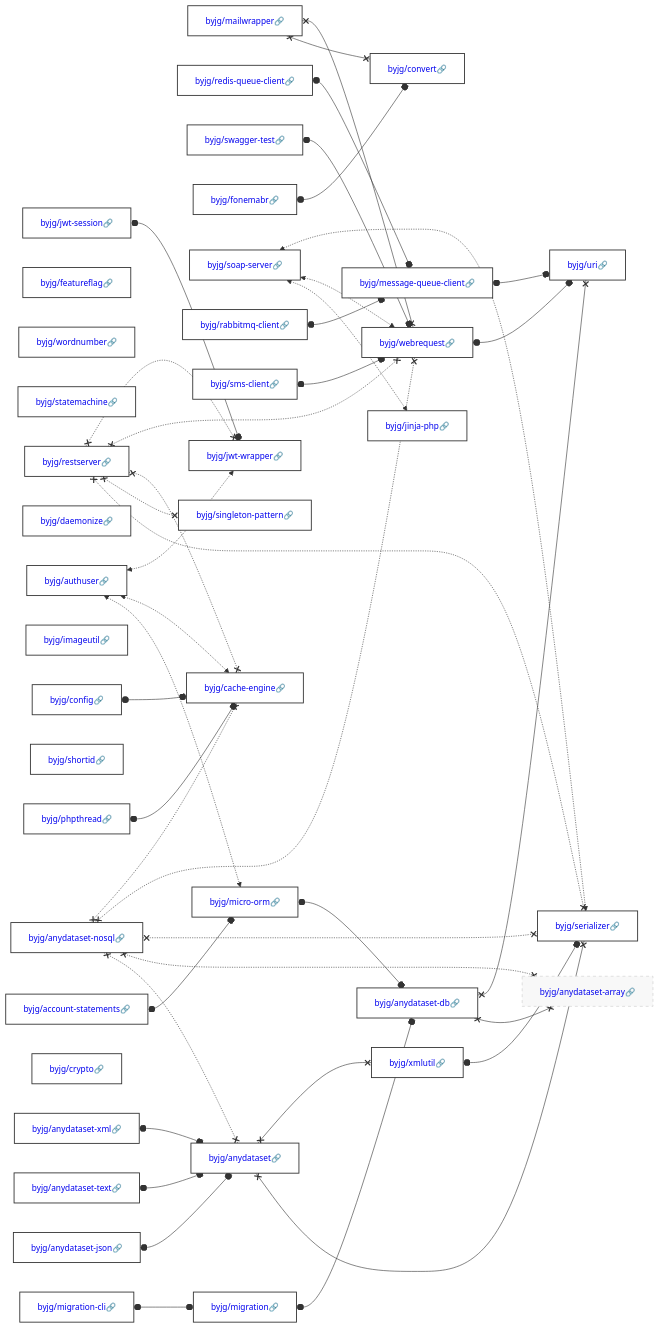
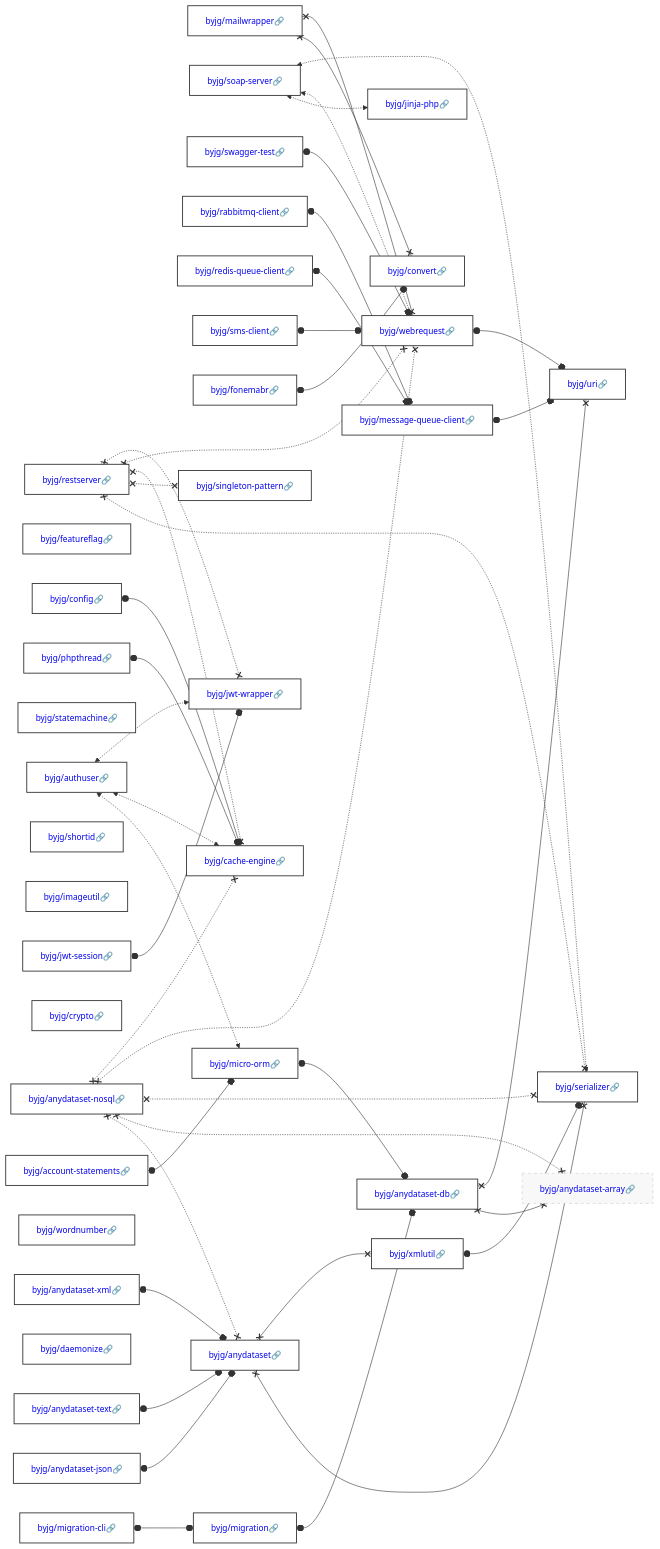
Before and after one commit to byjg/byjg.github.io: the diagram in docs/php/README.md, drawn with Mermaid. The commit also changed other lines of this file and 6 other files, not shown here.

Commit message:
Update documentation 'php' 'php-jwt-wrapper'

````diff
--- a/docs/php/README.md
+++ b/docs/php/README.md
@@ -3,45 +3,45 @@
 ```mermaid
 graph LR;
+  byjg/mailwrapper[<a href='https://opensource.byjg.com/docs/php/mailwrapper' style='text-decoration:none'>byjg/mailwrapper🔗</a>];
   byjg/config[<a href='https://opensource.byjg.com/docs/php/config' style='text-decoration:none'>byjg/config🔗</a>];
   byjg/featureflag[<a href='https://opensource.byjg.com/docs/php/featureflag' style='text-decoration:none'>byjg/featureflag🔗</a>];
-  byjg/wordnumber[<a href='https://opensource.byjg.com/docs/php/wordnumber' style='text-decoration:none'>byjg/wordnumber🔗</a>];
+  byjg/anydataset-text[<a href='https://opensource.byjg.com/docs/php/anydataset-text' style='text-decoration:none'>byjg/anydataset-text🔗</a>];
+  byjg/anydataset-xml[<a href='https://opensource.byjg.com/docs/php/anydataset-xml' style='text-decoration:none'>byjg/anydataset-xml🔗</a>];
   byjg/statemachine[<a href='https://opensource.byjg.com/docs/php/statemachine' style='text-decoration:none'>byjg/statemachine🔗</a>];
-  byjg/restserver[<a href='https://opensource.byjg.com/docs/php/restserver' style='text-decoration:none'>byjg/restserver🔗</a>];
-  byjg/daemonize[<a href='https://opensource.byjg.com/docs/php/daemonize' style='text-decoration:none'>byjg/daemonize🔗</a>];
-  byjg/anydataset-text[<a href='https://opensource.byjg.com/docs/php/anydataset-text' style='text-decoration:none'>byjg/anydataset-text🔗</a>];
-  byjg/mailwrapper[<a href='https://opensource.byjg.com/docs/php/mailwrapper' style='text-decoration:none'>byjg/mailwrapper🔗</a>];
+  byjg/phpthread[<a href='https://opensource.byjg.com/docs/php/phpthread' style='text-decoration:none'>byjg/phpthread🔗</a>];
+  byjg/soap-server[<a href='https://opensource.byjg.com/docs/php/soap-server' style='text-decoration:none'>byjg/soap-server🔗</a>];
+  byjg/shortid[<a href='https://opensource.byjg.com/docs/php/shortid' style='text-decoration:none'>byjg/shortid🔗</a>];
   byjg/imageutil[<a href='https://opensource.byjg.com/docs/php/imageutil' style='text-decoration:none'>byjg/imageutil🔗</a>];
+  byjg/authuser[<a href='https://opensource.byjg.com/docs/php/authuser' style='text-decoration:none'>byjg/authuser🔗</a>];
+  byjg/crypto[<a href='https://opensource.byjg.com/docs/php/crypto' style='text-decoration:none'>byjg/crypto🔗</a>];
+  byjg/migration-cli[<a href='https://opensource.byjg.com/docs/php/migration-cli' style='text-decoration:none'>byjg/migration-cli🔗</a>];
+  byjg/swagger-test[<a href='https://opensource.byjg.com/docs/php/swagger-test' style='text-decoration:none'>byjg/swagger-test🔗</a>];
+  byjg/rabbitmq-client[<a href='https://opensource.byjg.com/docs/php/rabbitmq-client' style='text-decoration:none'>byjg/rabbitmq-client🔗</a>];
   byjg/redis-queue-client[<a href='https://opensource.byjg.com/docs/php/redis-queue-client' style='text-decoration:none'>byjg/redis-queue-client🔗</a>];
   byjg/jwt-session[<a href='https://opensource.byjg.com/docs/php/jwt-session' style='text-decoration:none'>byjg/jwt-session🔗</a>];
-  byjg/shortid[<a href='https://opensource.byjg.com/docs/php/shortid' style='text-decoration:none'>byjg/shortid🔗</a>];
-  byjg/swagger-test[<a href='https://opensource.byjg.com/docs/php/swagger-test' style='text-decoration:none'>byjg/swagger-test🔗</a>];
+  byjg/sms-client[<a href='https://opensource.byjg.com/docs/php/sms-client' style='text-decoration:none'>byjg/sms-client🔗</a>];
+  byjg/wordnumber[<a href='https://opensource.byjg.com/docs/php/wordnumber' style='text-decoration:none'>byjg/wordnumber🔗</a>];
+  byjg/anydataset-nosql[<a href='https://opensource.byjg.com/docs/php/anydataset-nosql' style='text-decoration:none'>byjg/anydataset-nosql🔗</a>];
+  byjg/daemonize[<a href='https://opensource.byjg.com/docs/php/daemonize' style='text-decoration:none'>byjg/daemonize🔗</a>];
   byjg/fonemabr[<a href='https://opensource.byjg.com/docs/php/fonemabr' style='text-decoration:none'>byjg/fonemabr🔗</a>];
   byjg/anydataset-json[<a href='https://opensource.byjg.com/docs/php/anydataset-json' style='text-decoration:none'>byjg/anydataset-json🔗</a>];
-  byjg/soap-server[<a href='https://opensource.byjg.com/docs/php/soap-server' style='text-decoration:none'>byjg/soap-server🔗</a>];
-  byjg/anydataset-nosql[<a href='https://opensource.byjg.com/docs/php/anydataset-nosql' style='text-decoration:none'>byjg/anydataset-nosql🔗</a>];
+  byjg/restserver[<a href='https://opensource.byjg.com/docs/php/restserver' style='text-decoration:none'>byjg/restserver🔗</a>];
   byjg/account-statements[<a href='https://opensource.byjg.com/docs/php/account-statements' style='text-decoration:none'>byjg/account-statements🔗</a>];
-  byjg/rabbitmq-client[<a href='https://opensource.byjg.com/docs/php/rabbitmq-client' style='text-decoration:none'>byjg/rabbitmq-client🔗</a>];
-  byjg/sms-client[<a href='https://opensource.byjg.com/docs/php/sms-client' style='text-decoration:none'>byjg/sms-client🔗</a>];
-  byjg/crypto[<a href='https://opensource.byjg.com/docs/php/crypto' style='text-decoration:none'>byjg/crypto🔗</a>];
-  byjg/authuser[<a href='https://opensource.byjg.com/docs/php/authuser' style='text-decoration:none'>byjg/authuser🔗</a>];
-  byjg/phpthread[<a href='https://opensource.byjg.com/docs/php/phpthread' style='text-decoration:none'>byjg/phpthread🔗</a>];
-  byjg/migration-cli[<a href='https://opensource.byjg.com/docs/php/migration-cli' style='text-decoration:none'>byjg/migration-cli🔗</a>];
-  byjg/anydataset-xml[<a href='https://opensource.byjg.com/docs/php/anydataset-xml' style='text-decoration:none'>byjg/anydataset-xml🔗</a>];
+  byjg/jinja-php[<a href='https://opensource.byjg.com/docs/php/jinja-php' style='text-decoration:none'>byjg/jinja-php🔗</a>];
+  byjg/migration[<a href='https://opensource.byjg.com/docs/php/migration' style='text-decoration:none'>byjg/migration🔗</a>];
+  byjg/message-queue-client[<a href='https://opensource.byjg.com/docs/php/message-queue-client' style='text-decoration:none'>byjg/message-queue-client🔗</a>];
+  byjg/convert[<a href='https://opensource.byjg.com/docs/php/convert' style='text-decoration:none'>byjg/convert🔗</a>];
+  byjg/anydataset[<a href='https://opensource.byjg.com/docs/php/anydataset' style='text-decoration:none'>byjg/anydataset🔗</a>];
   byjg/singleton-pattern[<a href='https://opensource.byjg.com/docs/php/singleton-pattern' style='text-decoration:none'>byjg/singleton-pattern🔗</a>];
-  byjg/convert[<a href='https://opensource.byjg.com/docs/php/convert' style='text-decoration:none'>byjg/convert🔗</a>];
-  byjg/jinja-php[<a href='https://opensource.byjg.com/docs/php/jinja-php' style='text-decoration:none'>byjg/jinja-php🔗</a>];
-  byjg/message-queue-client[<a href='https://opensource.byjg.com/docs/php/message-queue-client' style='text-decoration:none'>byjg/message-queue-client🔗</a>];
+  byjg/cache-engine[<a href='https://opensource.byjg.com/docs/php/cache-engine' style='text-decoration:none'>byjg/cache-engine🔗</a>];
   byjg/webrequest[<a href='https://opensource.byjg.com/docs/php/webrequest' style='text-decoration:none'>byjg/webrequest🔗</a>];
+  byjg/jwt-wrapper[<a href='https://opensource.byjg.com/docs/php/jwt-wrapper' style='text-decoration:none'>byjg/jwt-wrapper🔗</a>];
   byjg/micro-orm[<a href='https://opensource.byjg.com/docs/php/micro-orm' style='text-decoration:none'>byjg/micro-orm🔗</a>];
-  byjg/jwt-wrapper[<a href='https://opensource.byjg.com/docs/php/jwt-wrapper' style='text-decoration:none'>byjg/jwt-wrapper🔗</a>];
-  byjg/cache-engine[<a href='https://opensource.byjg.com/docs/php/cache-engine' style='text-decoration:none'>byjg/cache-engine🔗</a>];
-  byjg/migration[<a href='https://opensource.byjg.com/docs/php/migration' style='text-decoration:none'>byjg/migration🔗</a>];
-  byjg/anydataset[<a href='https://opensource.byjg.com/docs/php/anydataset' style='text-decoration:none'>byjg/anydataset🔗</a>];
+  byjg/xmlutil[<a href='https://opensource.byjg.com/docs/php/xmlutil' style='text-decoration:none'>byjg/xmlutil🔗</a>];
   byjg/anydataset-db[<a href='https://opensource.byjg.com/docs/php/anydataset-db' style='text-decoration:none'>byjg/anydataset-db🔗</a>];
-  byjg/xmlutil[<a href='https://opensource.byjg.com/docs/php/xmlutil' style='text-decoration:none'>byjg/xmlutil🔗</a>];
+  byjg/serializer[<a href='https://opensource.byjg.com/docs/php/serializer' style='text-decoration:none'>byjg/serializer🔗</a>];
   byjg/anydataset-array[<a href='https://opensource.byjg.com/docs/php/anydataset-array' style='text-decoration:none'>byjg/anydataset-array🔗</a>];
   byjg/uri[<a href='https://opensource.byjg.com/docs/php/uri' style='text-decoration:none'>byjg/uri🔗</a>];
-  byjg/serializer[<a href='https://opensource.byjg.com/docs/php/serializer' style='text-decoration:none'>byjg/serializer🔗</a>];
   byjg/mailwrapper x--x byjg/convert;
   byjg/mailwrapper x--x byjg/webrequest;
   byjg/xmlutil o--o byjg/serializer;
````
